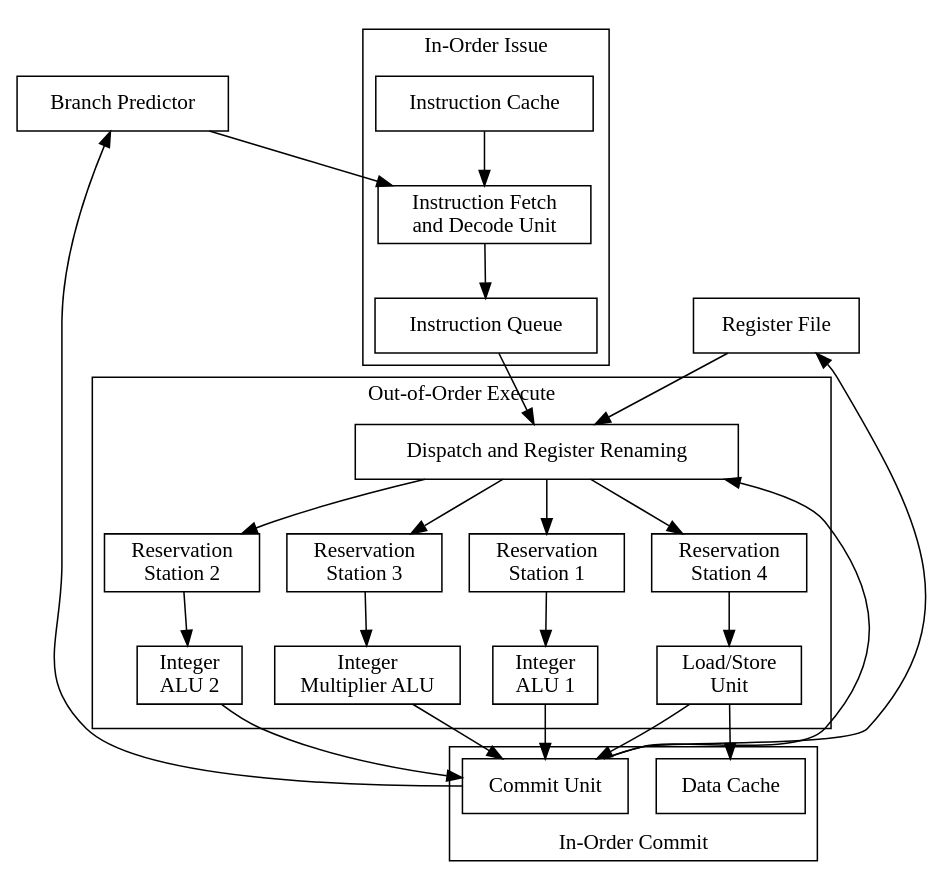
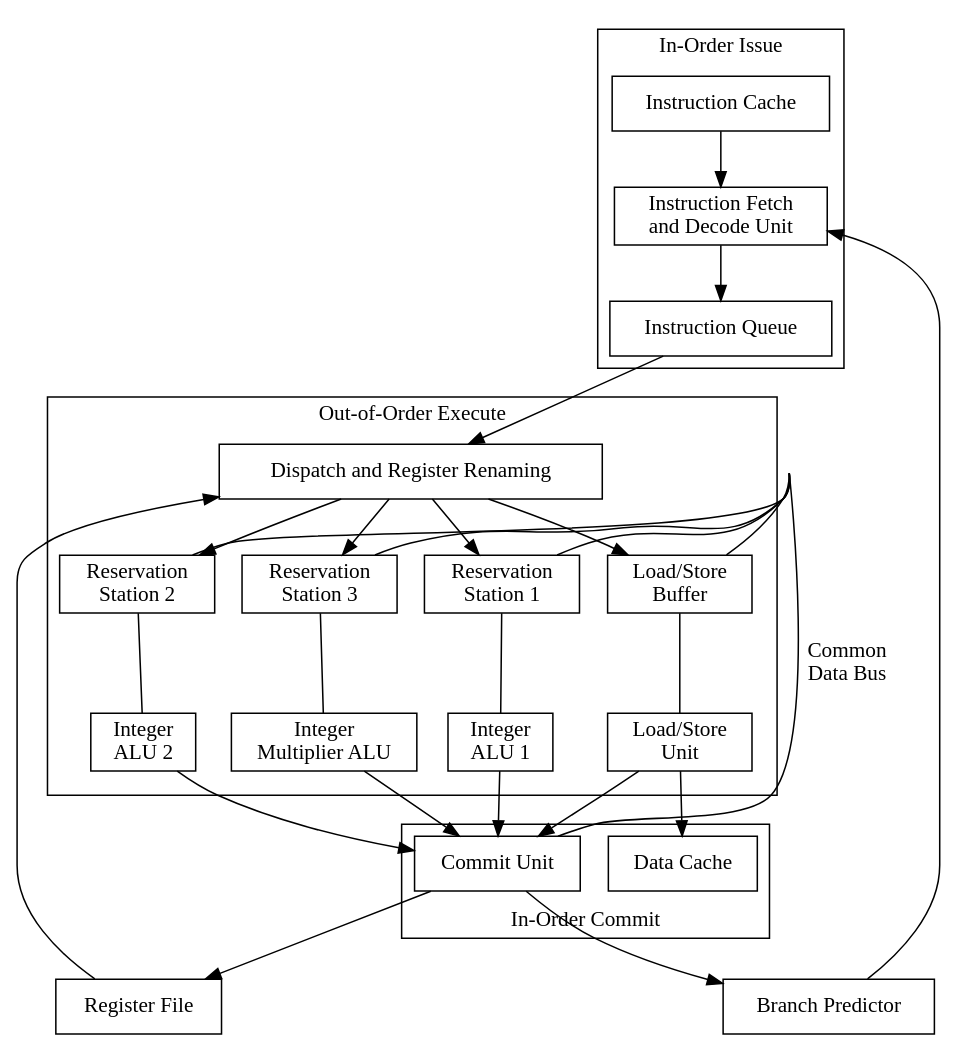
Before and after one commit to mookerji/finalproject_6375: the diagram in docs/March_30/figures/design.gv, drawn with Graphviz. The commit also changed 5 other files, not shown here.

```diff
--- a/docs/March_30/figures/design.gv
+++ b/docs/March_30/figures/design.gv
@@ -1,47 +1,56 @@
 digraph design {
       node [shape = box];
+      
+      v0 [shape = point, width = 0];
       
       subgraph cluster_0{
       "Instruction Cache" -> "Instruction Fetch\nand Decode Unit";
       "Instruction Fetch\nand Decode Unit" -> "Instruction Queue";
       label = "In-Order Issue";
       }
       
+      
       subgraph cluster_1 {
         "Instruction Queue" -> "Dispatch and Register Renaming";
-        "Reservation\n Station 1" -> "Integer\nALU 1";
-        "Reservation\n Station 2" -> "Integer\nALU 2";
-        "Reservation\n Station 3" -> "Integer\nMultiplier ALU";
-        subgraph cluster_3{"Reservation\n Station 4" -> "Load/Store\n Unit"; rank=same; style=invisible;}
+        "Reservation\n Station 1" -> "Integer\nALU 1" [dir = none];
+        "Reservation\n Station 2" -> "Integer\nALU 2" [dir = none];
+        "Reservation\n Station 3" -> "Integer\nMultiplier ALU" [dir = none];
+        subgraph cluster_3{"Load/Store\nBuffer" -> "Load/Store\n Unit" [dir = none]; 
+                            rank=same; style=invisible;}
         label = "Out-of-Order Execute";
         }
         
        subgraph cluster_2 {
        "Data Cache";
        "Commit Unit";
        label = "In-Order Commit";
        labelloc = b;
        }
        
       "Dispatch and Register Renaming" -> "Reservation\n Station 1";
       "Dispatch and Register Renaming" -> "Reservation\n Station 2";
       "Dispatch and Register Renaming" -> "Reservation\n Station 3";
-      "Dispatch and Register Renaming" -> "Reservation\n Station 4";
+      "Dispatch and Register Renaming" -> "Load/Store\nBuffer";
       
       "Integer\nALU 1" -> "Commit Unit";
       "Integer\nALU 2" -> "Commit Unit";
       "Integer\nMultiplier ALU" -> "Commit Unit";
       "Load/Store\n Unit" -> "Commit Unit";
       
       "Load/Store\n Unit" -> "Data Cache";
       "Commit Unit" -> "Branch Predictor";
       "Commit Unit" -> "Register File";
-      "Commit Unit" -> "Dispatch and Register Renaming";
+      "Commit Unit" -> v0 [dir = none, label = "Common\nData Bus"];
+      v0 -> "Reservation\n Station 1" [dir = none];
+      v0 -> "Reservation\n Station 2" [dir = none];
+      v0 -> "Reservation\n Station 3" [dir = none];
+      v0 -> "Load/Store\nBuffer" [dir = none];
+      
       "Register File" -> "Dispatch and Register Renaming";
       "Branch Predictor" -> "Instruction Fetch\nand Decode Unit";
       
       rankdir = TB;
 	  fontsize = 12;
       overlap = false;
       model = circuit;
 }
```
